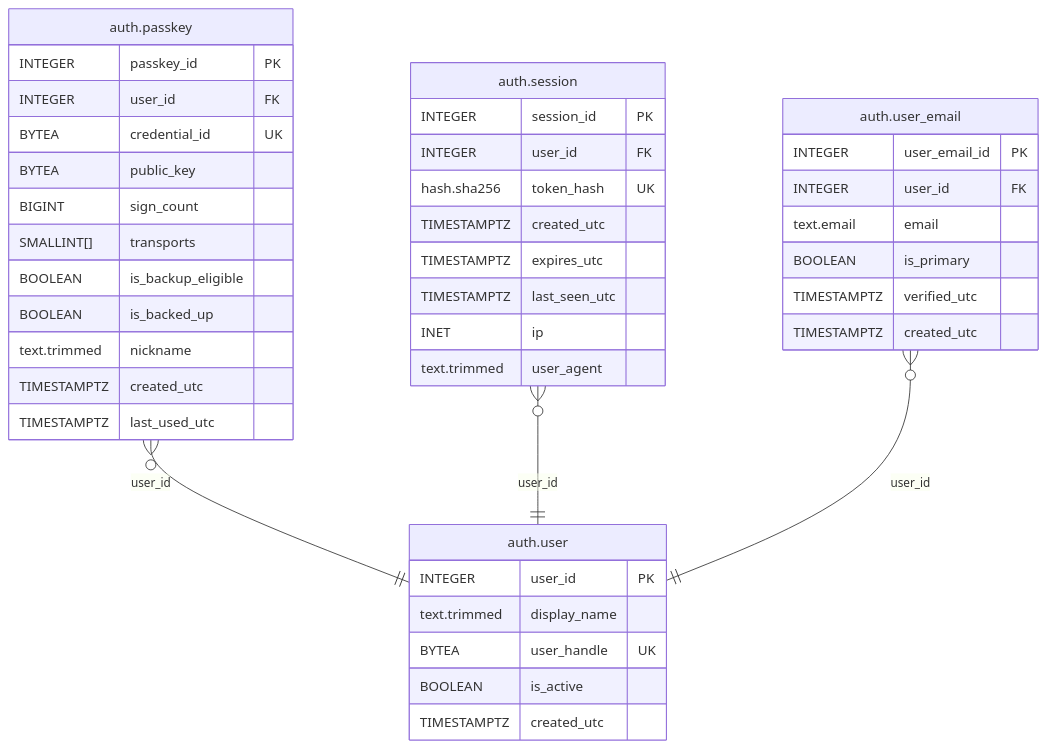
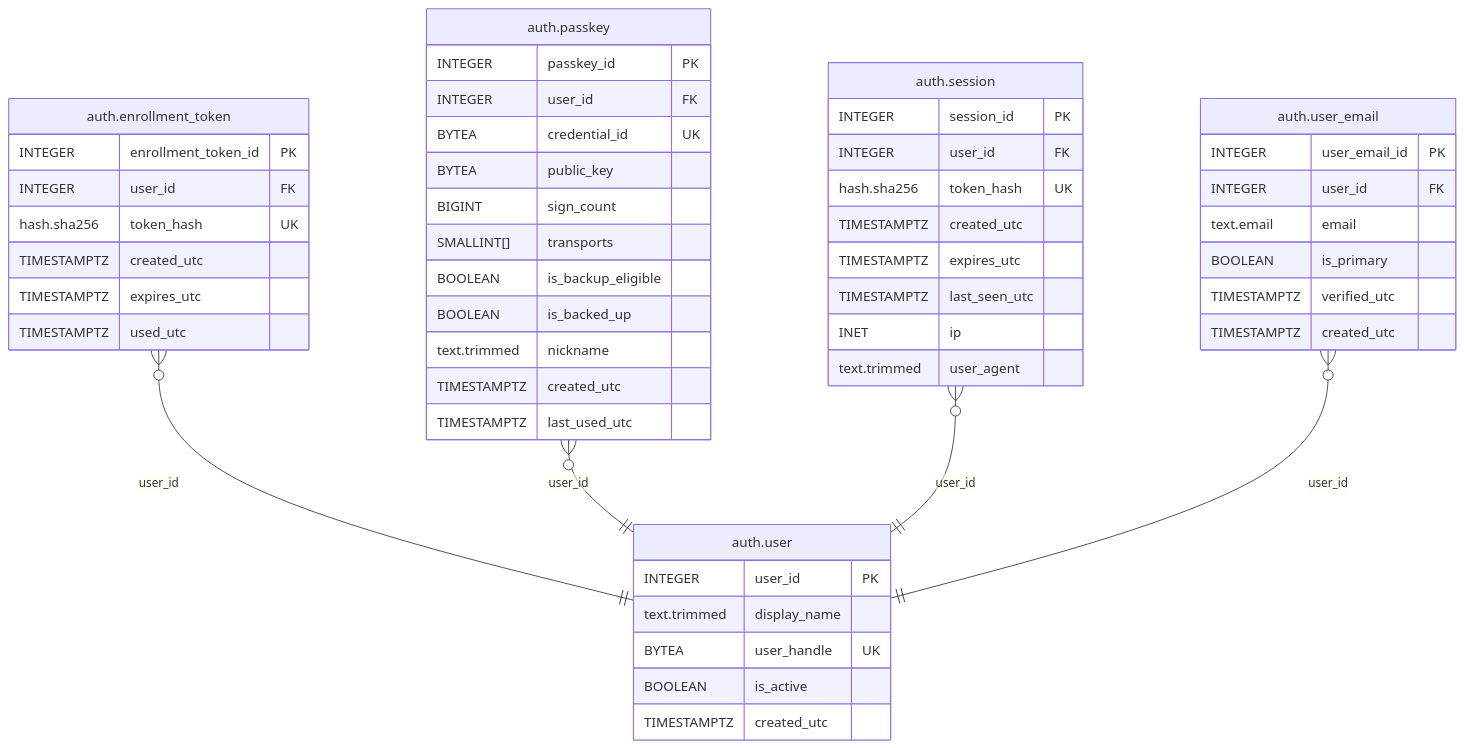
One commit to OlsonDev/josholson.dev changed the diagram in docs/schema/auth.user.md. Above: the diagram before and after it, drawn with Mermaid. The commit also changed other lines of this file and 3 other files, not shown here.

Commit message:
🗃️ Add `auth.enrollment_token` to `V008__auth.sql` for the one-time passkey enrollment tokens, and regenerate `docs/schema`

````diff
--- a/docs/schema/auth.user.md
+++ b/docs/schema/auth.user.md
@@ -45,49 +46,59 @@
 ```mermaid
 erDiagram
 
+"auth.enrollment_token" }o--|| "auth.user" : "user_id"
 "auth.passkey" }o--|| "auth.user" : "user_id"
 "auth.session" }o--|| "auth.user" : "user_id"
 "auth.user_email" }o--|| "auth.user" : "user_id"
 
 "auth.user" {
   INTEGER user_id PK
   text.trimmed display_name
   BYTEA user_handle UK
   BOOLEAN is_active
   TIMESTAMPTZ created_utc
+}
+
+"auth.enrollment_token" {
+  INTEGER enrollment_token_id PK
+  INTEGER user_id FK
+  hash.sha256 token_hash UK
+  TIMESTAMPTZ created_utc
+  TIMESTAMPTZ expires_utc
+  TIMESTAMPTZ used_utc
 }
 
 "auth.passkey" {
   INTEGER passkey_id PK
   INTEGER user_id FK
   BYTEA credential_id UK
   BYTEA public_key
   BIGINT sign_count
   SMALLINT[] transports
   BOOLEAN is_backup_eligible
   BOOLEAN is_backed_up
   text.trimmed nickname
   TIMESTAMPTZ created_utc
   TIMESTAMPTZ last_used_utc
 }
 
 "auth.session" {
   INTEGER session_id PK
   INTEGER user_id FK
   hash.sha256 token_hash UK
   TIMESTAMPTZ created_utc
   TIMESTAMPTZ expires_utc
   TIMESTAMPTZ last_seen_utc
   INET ip
   text.trimmed user_agent
 }
 
 "auth.user_email" {
   INTEGER user_email_id PK
   INTEGER user_id FK
   text.email email
   BOOLEAN is_primary
   TIMESTAMPTZ verified_utc
   TIMESTAMPTZ created_utc
 }
 ```
````
